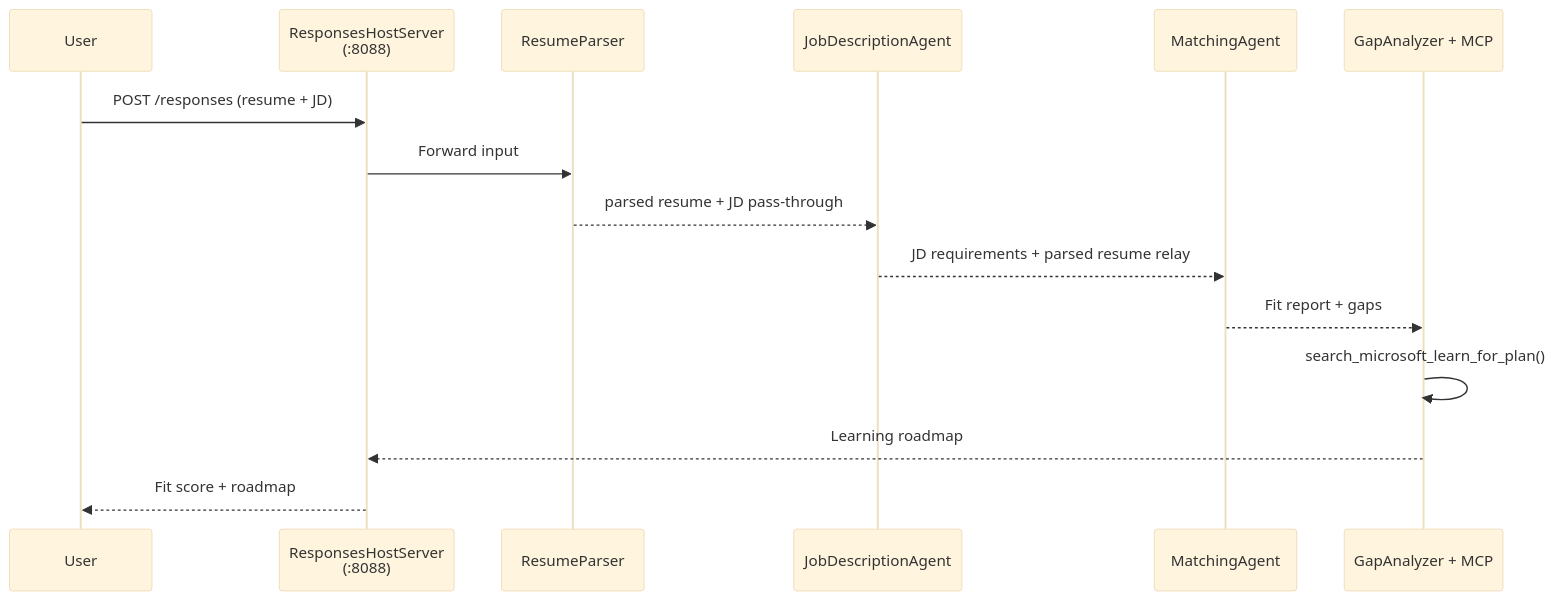
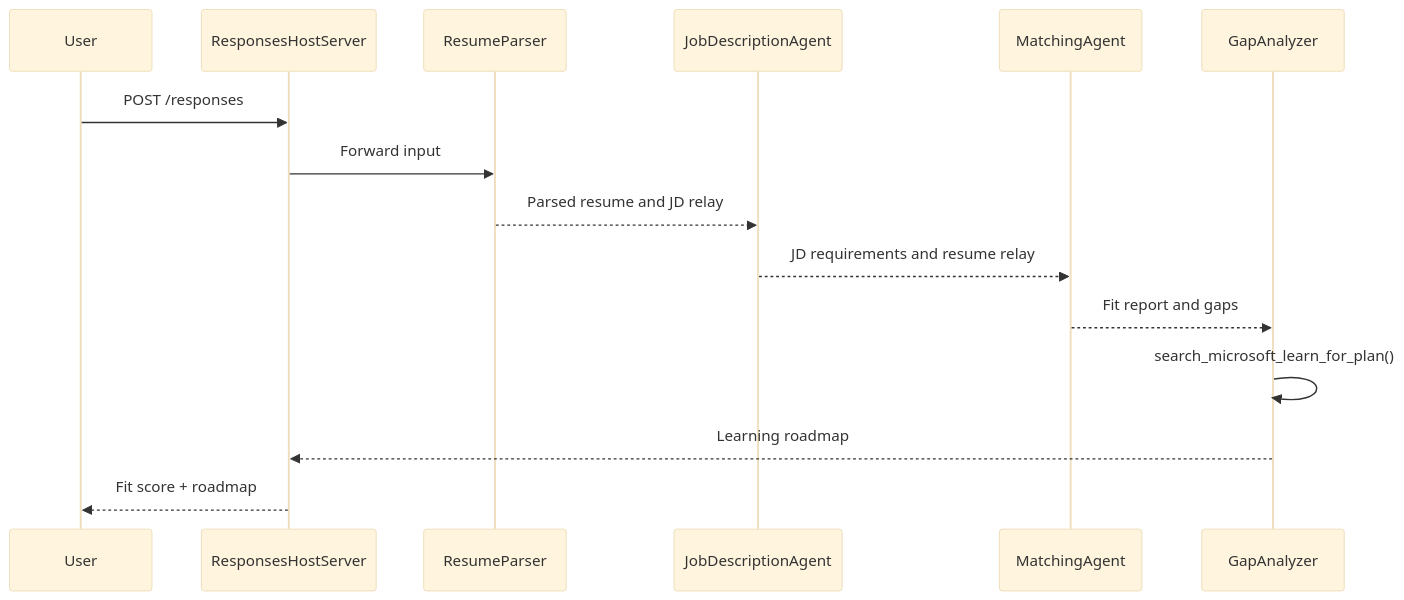
The diagram in workshop/lab02-multi-agent/docs/03-configure-agents.md (MinHeinA/Foundry_Toolkit_for_VSCode_Lab), drawn with Mermaid (base theme) before and after one commit. The commit also changed other lines of this file and 4 other files, not shown here.

Commit message:
docs(lab02): normalize mermaid diagrams for reliable rendering

````diff
--- a/workshop/lab02-multi-agent/docs/03-configure-agents.md
+++ b/workshop/lab02-multi-agent/docs/03-configure-agents.md
@@ -13,18 +13,18 @@
 ```mermaid
 sequenceDiagram
     participant User
-    participant Server as ResponsesHostServer<br/>(:8088)
+    participant Server as ResponsesHostServer
     participant RP as ResumeParser
     participant JD as JobDescriptionAgent
     participant MA as MatchingAgent
-    participant GA as GapAnalyzer + MCP
+    participant GA as GapAnalyzer
 
-    User->>Server: POST /responses (resume + JD)
+    User->>Server: POST /responses
     Server->>RP: Forward input
-    RP-->>JD: parsed resume + JD pass-through
-    JD-->>MA: JD requirements + parsed resume relay
-    MA-->>GA: Fit report + gaps
+    RP-->>JD: Parsed resume and JD relay
+    JD-->>MA: JD requirements and resume relay
+    MA-->>GA: Fit report and gaps
     GA->>GA: search_microsoft_learn_for_plan()
     GA-->>Server: Learning roadmap
     Server-->>User: Fit score + roadmap
 ```
````
